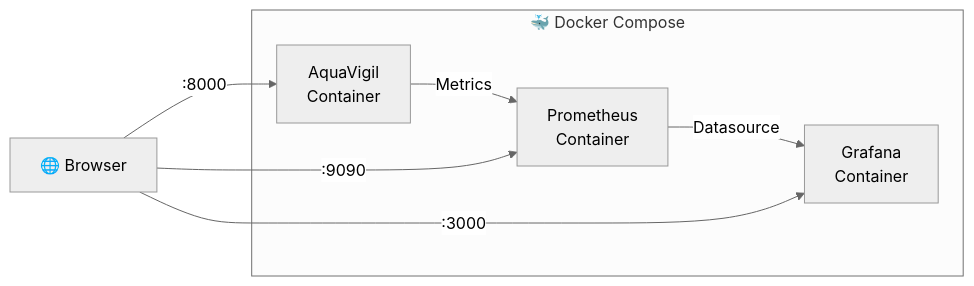
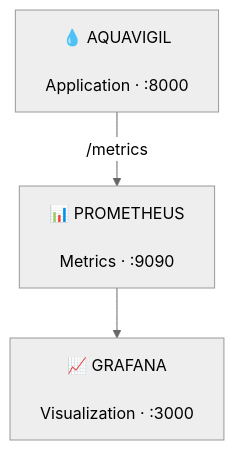
The eighth of 8 diagrams in README.md (HaziqBinAfzal/AquaVigil), drawn with Mermaid (neutral theme) before and after one commit. The commit also changed other lines of this file, not shown here.

````diff
--- a/README.md
+++ b/README.md
@@ -699,16 +575,12 @@
 ```mermaid
-flowchart LR
-    B["🌐 Browser"]
+flowchart TB
 
-    subgraph COMPOSE["🐳 Docker Compose"]
-        A["AquaVigil<br/>Container"]
-        P["Prometheus<br/>Container"]
-        G["Grafana<br/>Container"]
-    end
+    A["💧 AQUAVIGIL<br/><br/>Application · :8000"]
 
-    B -->|":8000"| A
-    A -->|"Metrics"| P
-    P -->|"Datasource"| G
-    B -->|":9090"| P
-    B -->|":3000"| G
+    B["📊 PROMETHEUS<br/><br/>Metrics · :9090"]
+
+    C["📈 GRAFANA<br/><br/>Visualization · :3000"]
+
+    A -->|"/metrics"| B
+    B --> C
 ```
````
